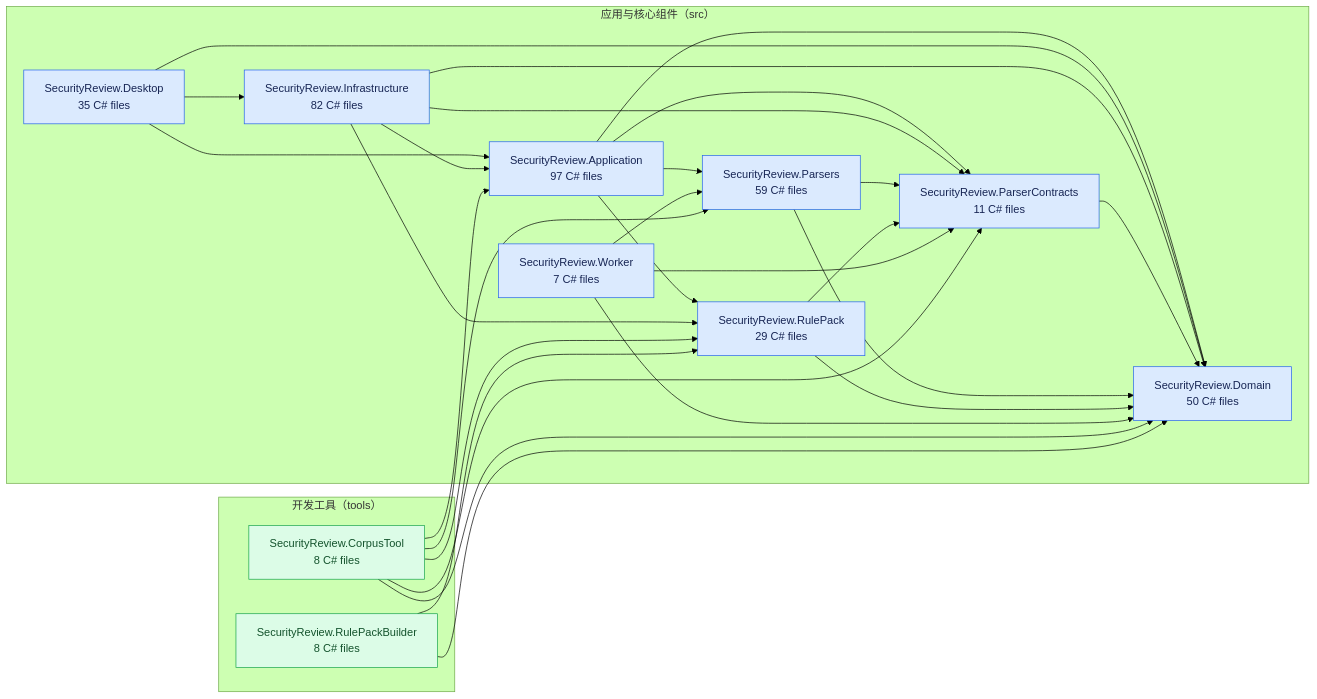
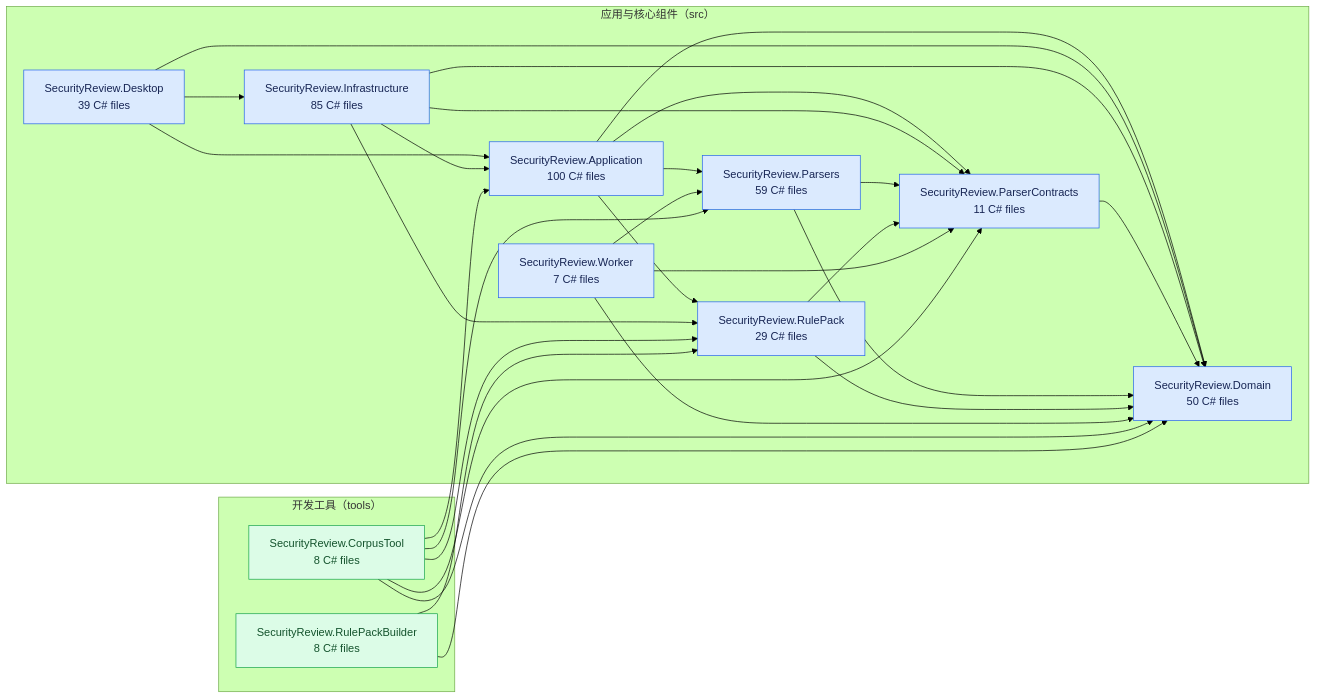
Before and after one commit to yusiyi0429/Security-review-tool: the diagram in docs/architecture/code-graph.md, drawn with Mermaid (forest theme). The commit also changed other lines of this file and 1 other file, not shown here.

Commit message:
docs: update code graph for update feature

````diff
--- a/docs/architecture/code-graph.md
+++ b/docs/architecture/code-graph.md
@@ -9,47 +9,47 @@
 ```mermaid
 flowchart LR
   subgraph source["应用与核心组件（src）"]
-    P0["SecurityReview.Application<br/>97 C# files"]
-    P1["SecurityReview.Desktop<br/>35 C# files"]
+    P0["SecurityReview.Application<br/>100 C# files"]
+    P1["SecurityReview.Desktop<br/>39 C# files"]
     P2["SecurityReview.Domain<br/>50 C# files"]
-    P3["SecurityReview.Infrastructure<br/>82 C# files"]
+    P3["SecurityReview.Infrastructure<br/>85 C# files"]
     P4["SecurityReview.ParserContracts<br/>11 C# files"]
     P5["SecurityReview.Parsers<br/>59 C# files"]
     P6["SecurityReview.RulePack<br/>29 C# files"]
     P7["SecurityReview.Worker<br/>7 C# files"]
   end
   subgraph tool["开发工具（tools）"]
     P8["SecurityReview.CorpusTool<br/>8 C# files"]
     P9["SecurityReview.RulePackBuilder<br/>8 C# files"]
   end
   P0 --> P2
   P0 --> P4
   P0 --> P5
   P0 --> P6
   P1 --> P0
   P1 --> P2
   P1 --> P3
   P3 --> P0
   P3 --> P2
   P3 --> P4
   P3 --> P6
   P4 --> P2
   P5 --> P2
   P5 --> P4
   P6 --> P2
   P6 --> P4
   P7 --> P2
   P7 --> P4
   P7 --> P5
   P8 --> P0
   P8 --> P2
   P8 --> P4
   P8 --> P5
   P8 --> P6
   P9 --> P2
   P9 --> P6
   class P0,P1,P2,P3,P4,P5,P6,P7 sourceNode
   class P8,P9 toolNode
   classDef sourceNode fill:#dbeafe,stroke:#2563eb,color:#172554
   classDef toolNode fill:#dcfce7,stroke:#16a34a,color:#14532d
 ```
````
